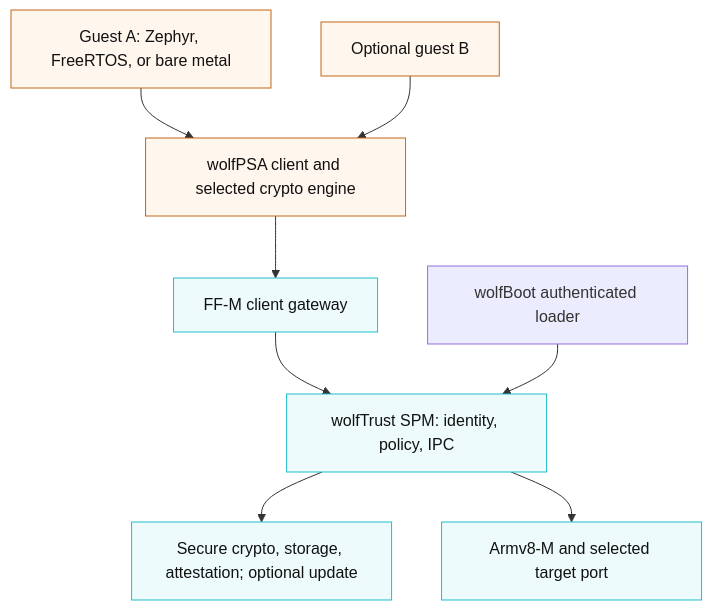
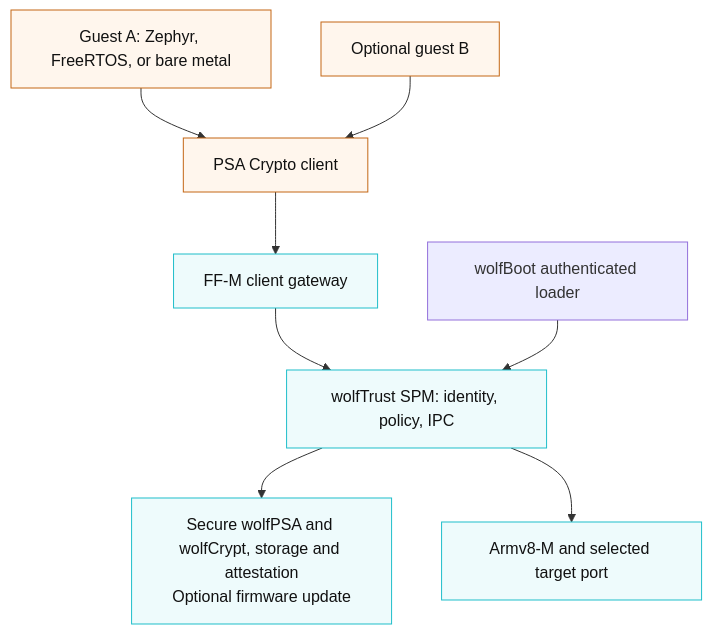
Before and after one commit to wolfSSL/wolfTrust: the diagram in docs/assets/architecture.mmd, drawn with Mermaid. The commit also changed 17 other files, not shown here.

Commit message:
Refresh the manual for Secure PSA Crypto

```diff
--- a/docs/assets/architecture.mmd
+++ b/docs/assets/architecture.mmd
@@ -1,22 +1,22 @@
 flowchart TB
     BOOT["wolfBoot authenticated loader"]
     ZEPHYR["Guest A: Zephyr, FreeRTOS, or bare metal"]
     FREERTOS["Optional guest B"]
-    CLIENT["wolfPSA client and selected crypto engine"]
+    CLIENT["PSA Crypto client"]
     GATE["FF-M client gateway"]
     SPM["wolfTrust SPM: identity, policy, IPC"]
-    SERVICES["Secure crypto, storage, attestation; optional update"]
+    SERVICES["Secure wolfPSA and wolfCrypt, storage and attestation<br/>Optional firmware update"]
     PORT["Armv8-M and selected target port"]
 
     ZEPHYR --> CLIENT
     FREERTOS --> CLIENT
     CLIENT --> GATE
     GATE --> SPM
     BOOT --> SPM
     SPM --> SERVICES
     SPM --> PORT
 
     classDef secure fill:#eefbfc,stroke:#1fbeca,color:#111;
     classDef nonsecure fill:#fff6ed,stroke:#c46715,color:#111;
     class SPM,GATE,SERVICES,PORT secure;
     class ZEPHYR,FREERTOS,CLIENT nonsecure;
```
